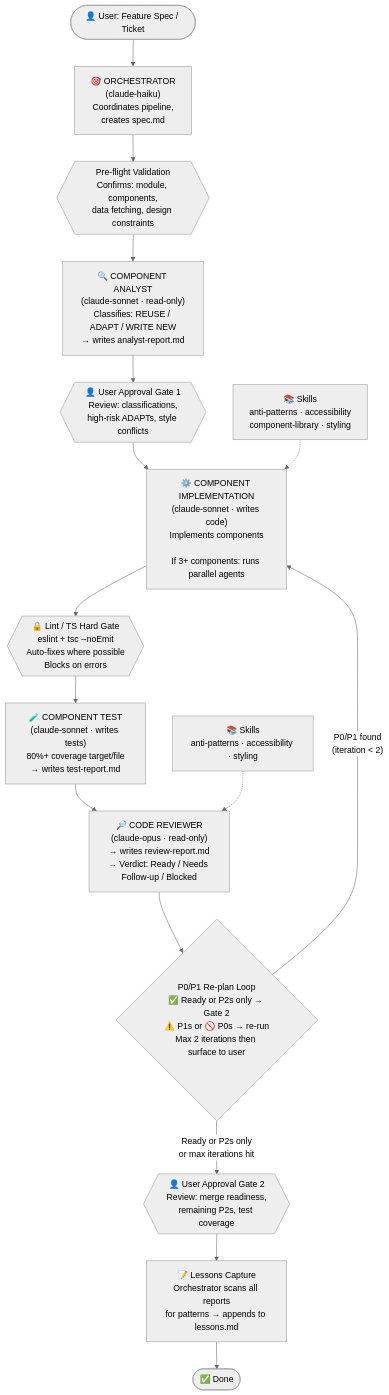
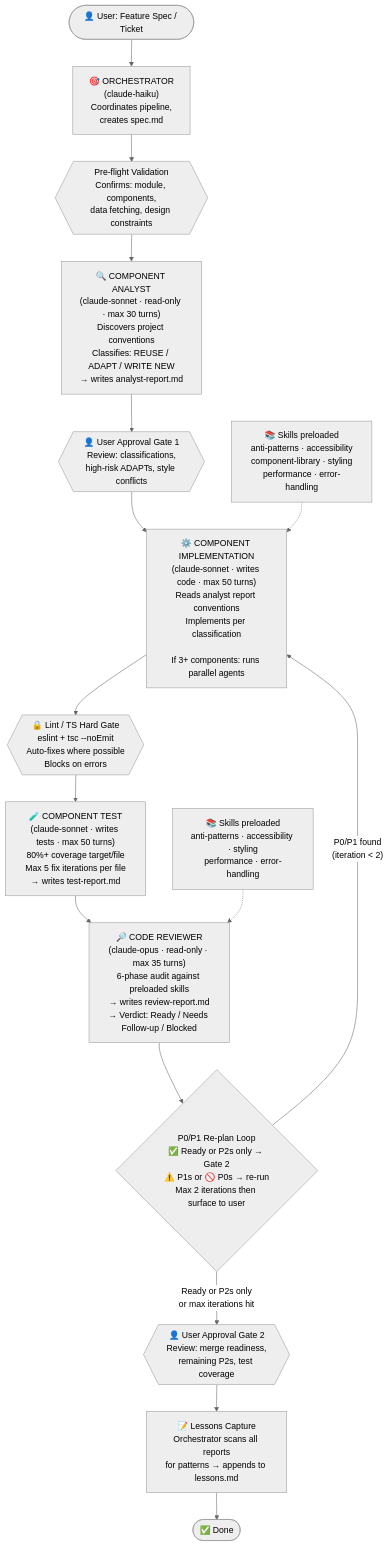
The diagram in README.md (cgfeletar/Agents), drawn with Mermaid (neutral theme) before and after one commit. The commit also changed other lines of this file and 5 other files, not shown here.

Commit message:
Add bug-fixer agent and error-handling, performance skills. Update README with new agent details and skills table.

````diff
--- a/README.md
+++ b/README.md
@@ -14,47 +14,47 @@
 ```mermaid
 flowchart TD
     USER([👤 User: Feature Spec / Ticket])
     USER --> ORC
 
     ORC["🎯 ORCHESTRATOR<br/>(claude-haiku)<br/>Coordinates pipeline,<br/>creates spec.md"]
     ORC --> PRE
 
     PRE{{"Pre-flight Validation<br/>Confirms: module, components,<br/>data fetching, design constraints"}}
     PRE --> ANA
 
-    ANA["🔍 COMPONENT ANALYST<br/>(claude-sonnet · read-only)<br/>Classifies: REUSE / ADAPT / WRITE NEW<br/>→ writes analyst-report.md"]
+    ANA["🔍 COMPONENT ANALYST<br/>(claude-sonnet · read-only · max 30 turns)<br/>Discovers project conventions<br/>Classifies: REUSE / ADAPT / WRITE NEW<br/>→ writes analyst-report.md"]
     ANA --> GATE1
 
     GATE1{{"👤 User Approval Gate 1<br/>Review: classifications,<br/>high-risk ADAPTs, style conflicts"}}
     GATE1 --> IMP
 
-    SK_IMP["📚 Skills<br/>anti-patterns · accessibility<br/>component-library · styling"]
+    SK_IMP["📚 Skills preloaded<br/>anti-patterns · accessibility<br/>component-library · styling<br/>performance · error-handling"]
     SK_IMP -.-> IMP
 
-    IMP["⚙️ COMPONENT IMPLEMENTATION<br/>(claude-sonnet · writes code)<br/>Implements components<br/><br/>If 3+ components: runs parallel agents"]
+    IMP["⚙️ COMPONENT IMPLEMENTATION<br/>(claude-sonnet · writes code · max 50 turns)<br/>Reads analyst report conventions<br/>Implements per classification<br/><br/>If 3+ components: runs parallel agents"]
     IMP --> LINT
 
     LINT{{"🔒 Lint / TS Hard Gate<br/>eslint + tsc --noEmit<br/>Auto-fixes where possible<br/>Blocks on errors"}}
     LINT --> TEST
 
-    TEST["🧪 COMPONENT TEST<br/>(claude-sonnet · writes tests)<br/>80%+ coverage target/file<br/>→ writes test-report.md"]
+    TEST["🧪 COMPONENT TEST<br/>(claude-sonnet · writes tests · max 50 turns)<br/>80%+ coverage target/file<br/>Max 5 fix iterations per file<br/>→ writes test-report.md"]
     TEST --> REV
 
-    SK_REV["📚 Skills<br/>anti-patterns · accessibility · styling"]
+    SK_REV["📚 Skills preloaded<br/>anti-patterns · accessibility · styling<br/>performance · error-handling"]
     SK_REV -.-> REV
 
-    REV["🔎 CODE REVIEWER<br/>(claude-opus · read-only)<br/>→ writes review-report.md<br/>→ Verdict: Ready / Needs Follow-up / Blocked"]
+    REV["🔎 CODE REVIEWER<br/>(claude-opus · read-only · max 35 turns)<br/>6-phase audit against preloaded skills<br/>→ writes review-report.md<br/>→ Verdict: Ready / Needs Follow-up / Blocked"]
     REV --> LOOP
 
     LOOP{"P0/P1 Re-plan Loop<br/>✅ Ready or P2s only → Gate 2<br/>⚠️ P1s or 🚫 P0s → re-run<br/>Max 2 iterations then surface to user"}
     LOOP -->|"P0/P1 found<br/>(iteration < 2)"| IMP
     LOOP -->|"Ready or P2s only<br/>or max iterations hit"| GATE2
 
     GATE2{{"👤 User Approval Gate 2<br/>Review: merge readiness,<br/>remaining P2s, test coverage"}}
     GATE2 --> LESSONS
 
     LESSONS["📝 Lessons Capture<br/>Orchestrator scans all reports<br/>for patterns → appends to lessons.md"]
     LESSONS --> DONE
 
     DONE([✅ Done])
 ```
````
